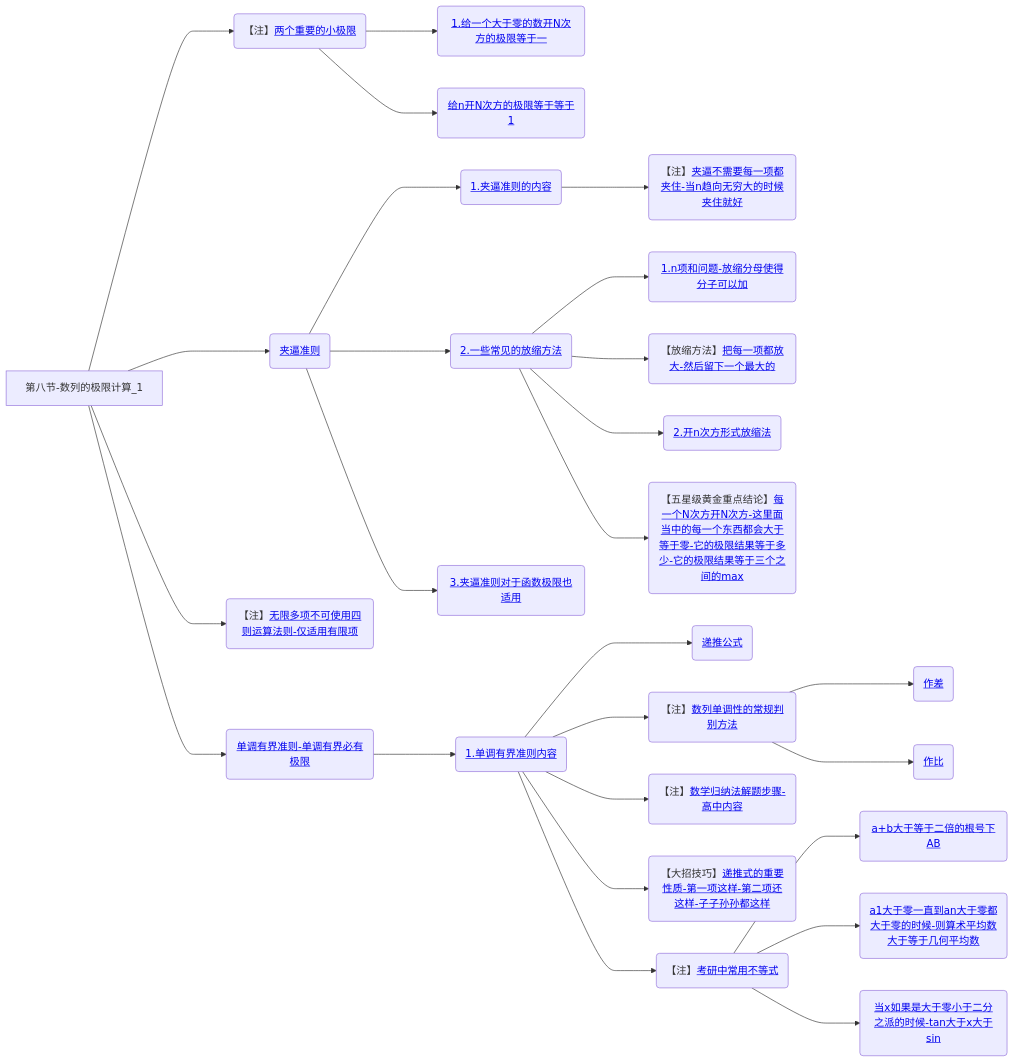
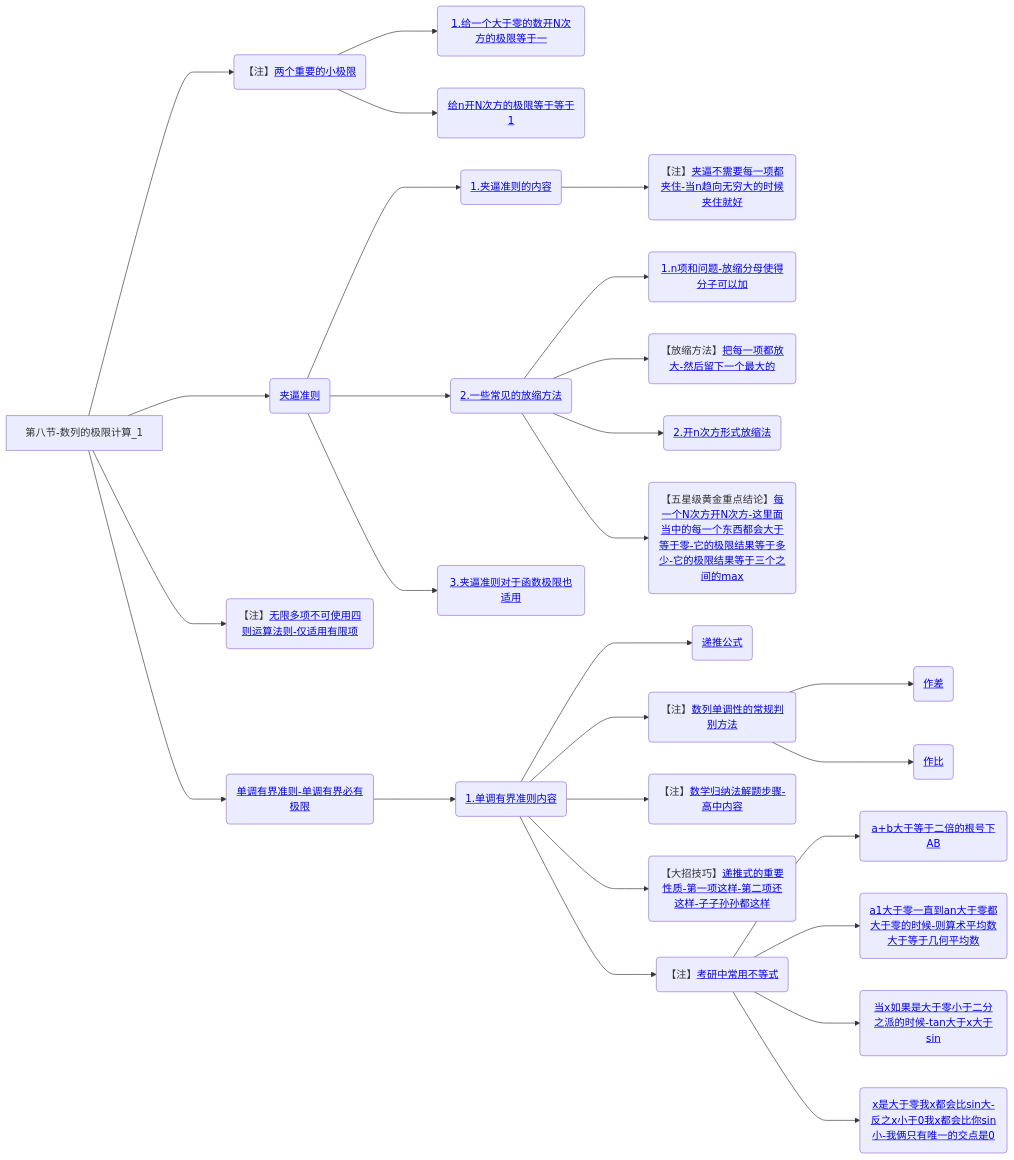
Before and after one commit to yuebinghui/note: the eighth of 8 diagrams in 笔记/数学/周洋鑫/01.基础班思维导图.md, drawn with Mermaid. The commit also changed 8 other files, not shown here.

````diff
--- a/笔记/数学/周洋鑫/01.基础班思维导图.md
+++ b/笔记/数学/周洋鑫/01.基础班思维导图.md
@@ -311,36 +311,37 @@
 ```mermaid
 graph LR
 第八节-数列的极限计算_1
 
 第八节-数列的极限计算_1--->两个重要的小极限(【注】<a href="/Users/yuebinghui/Documents/program/github/note/笔记/数学/周洋鑫/基础班/08.数列的极限计算_1.md#两个重要的小极限">两个重要的小极限</>)
 两个重要的小极限--->1.给一个大于零的数开N次方的极限等于一(<a href="/Users/yuebinghui/Documents/program/github/note/笔记/数学/周洋鑫/基础班/08.数列的极限计算_1.md#1.给一个大于零的数开N次方的极限等于一">1.给一个大于零的数开N次方的极限等于一</>)
 两个重要的小极限--->给n开N次方的极限等于等于1(<a href="/Users/yuebinghui/Documents/program/github/note/笔记/数学/周洋鑫/基础班/08.数列的极限计算_1.md#给n开N次方的极限等于等于1">给n开N次方的极限等于等于1</>)
 
 第八节-数列的极限计算_1--->夹逼准则(<a href="/Users/yuebinghui/Documents/program/github/note/笔记/数学/周洋鑫/基础班/08.数列的极限计算_1.md#夹逼准则">夹逼准则</>)
 夹逼准则--->1.夹逼准则的内容(<a href="/Users/yuebinghui/Documents/program/github/note/笔记/数学/周洋鑫/基础班/08.数列的极限计算_1.md#1.夹逼准则的内容">1.夹逼准则的内容</>)
 1.夹逼准则的内容--->夹逼不需要每一项都夹住-当n趋向无穷大的时候夹住就好(【注】<a href="/Users/yuebinghui/Documents/program/github/note/笔记/数学/周洋鑫/基础班/08.数列的极限计算_1.md#夹逼不需要每一项都夹住-当n趋向无穷大的时候夹住就好">夹逼不需要每一项都夹住-当n趋向无穷大的时候夹住就好</>)
 
 第八节-数列的极限计算_1--->无限多项不可使用四则运算法则-仅适用有限项(【注】<a href="/Users/yuebinghui/Documents/program/github/note/笔记/数学/周洋鑫/基础班/08.数列的极限计算_1.md#无限多项不可使用四则运算法则-仅适用有限项">无限多项不可使用四则运算法则-仅适用有限项</>)
 
 夹逼准则--->2.一些常见的放缩方法(<a href="/Users/yuebinghui/Documents/program/github/note/笔记/数学/周洋鑫/基础班/08.数列的极限计算_1.md#2.一些常见的放缩方法">2.一些常见的放缩方法</>)
 2.一些常见的放缩方法--->1.n项和问题-放缩分母使得分子可以加(<a href="/Users/yuebinghui/Documents/program/github/note/笔记/数学/周洋鑫/基础班/08.数列的极限计算_1.md#1.n项和问题-放缩分母使得分子可以加">1.n项和问题-放缩分母使得分子可以加</>)
 2.一些常见的放缩方法--->把每一项都放大-然后留下一个最大的(【放缩方法】<a href="/Users/yuebinghui/Documents/program/github/note/笔记/数学/周洋鑫/基础班/08.数列的极限计算_1.md#把每一项都放大-然后留下一个最大的">把每一项都放大-然后留下一个最大的</>)
 2.一些常见的放缩方法--->2.开n次方形式放缩法(<a href="/Users/yuebinghui/Documents/program/github/note/笔记/数学/周洋鑫/基础班/08.数列的极限计算_1.md#2.开n次方形式放缩法">2.开n次方形式放缩法</>)
 2.一些常见的放缩方法--->每一个N次方开N次方-这里面当中的每一个东西都会大于等于零-它的极限结果等于多少-它的极限结果等于三个之间的max(【五星级黄金重点结论】<a href="/Users/yuebinghui/Documents/program/github/note/笔记/数学/周洋鑫/基础班/08.数列的极限计算_1.md#每一个N次方开N次方-这里面当中的每一个东西都会大于等于零-它的极限结果等于多少-它的极限结果等于三个之间的max">每一个N次方开N次方-这里面当中的每一个东西都会大于等于零-它的极限结果等于多少-它的极限结果等于三个之间的max</>)
 
 夹逼准则--->3.夹逼准则对于函数极限也适用(<a href="/Users/yuebinghui/Documents/program/github/note/笔记/数学/周洋鑫/基础班/08.数列的极限计算_1.md#3.夹逼准则对于函数极限也适用">3.夹逼准则对于函数极限也适用</>)
 
 第八节-数列的极限计算_1--->单调有界准则-单调有界必有极限(<a href="/Users/yuebinghui/Documents/program/github/note/笔记/数学/周洋鑫/基础班/08.数列的极限计算_1.md#单调有界准则-单调有界必有极限">单调有界准则-单调有界必有极限</>)
 单调有界准则-单调有界必有极限--->1.单调有界准则内容(<a href="/Users/yuebinghui/Documents/program/github/note/笔记/数学/周洋鑫/基础班/08.数列的极限计算_1.md#1.单调有界准则内容">1.单调有界准则内容</>)
 1.单调有界准则内容--->递推公式(<a href="/Users/yuebinghui/Documents/program/github/note/笔记/数学/周洋鑫/基础班/08.数列的极限计算_1.md#递推公式">递推公式</>)
 1.单调有界准则内容--->数列单调性的常规判别方法(【注】<a href="/Users/yuebinghui/Documents/program/github/note/笔记/数学/周洋鑫/基础班/08.数列的极限计算_1.md#数列单调性的常规判别方法">数列单调性的常规判别方法</>)
 数列单调性的常规判别方法--->作差(<a href="/Users/yuebinghui/Documents/program/github/note/笔记/数学/周洋鑫/基础班/08.数列的极限计算_1.md#作差">作差</>)
 数列单调性的常规判别方法--->作比(<a href="/Users/yuebinghui/Documents/program/github/note/笔记/数学/周洋鑫/基础班/08.数列的极限计算_1.md#作比">作比</>)
 1.单调有界准则内容--->数学归纳法解题步骤-高中内容(【注】<a href="/Users/yuebinghui/Documents/program/github/note/笔记/数学/周洋鑫/基础班/08.数列的极限计算_1.md#数学归纳法解题步骤-高中内容">数学归纳法解题步骤-高中内容</>)
 1.单调有界准则内容--->递推式的重要性质-第一项这样-第二项还这样-子子孙孙都这样(【大招技巧】<a href="/Users/yuebinghui/Documents/program/github/note/笔记/数学/周洋鑫/基础班/08.数列的极限计算_1.md#递推式的重要性质-第一项这样-第二项还这样-子子孙孙都这样">递推式的重要性质-第一项这样-第二项还这样-子子孙孙都这样</>)
 1.单调有界准则内容--->考研中常用不等式(【注】<a href="/Users/yuebinghui/Documents/program/github/note/笔记/数学/周洋鑫/基础班/08.数列的极限计算_1.md#考研中常用不等式">考研中常用不等式</>)
 考研中常用不等式--->a+b大于等于二倍的根号下AB(<a href="/Users/yuebinghui/Documents/program/github/note/笔记/数学/周洋鑫/基础班/08.数列的极限计算_1.md#a+b大于等于二倍的根号下AB">a+b大于等于二倍的根号下AB</>)
 考研中常用不等式--->a1大于零一直到an大于零都大于零的时候-则算术平均数大于等于几何平均数(<a href="/Users/yuebinghui/Documents/program/github/note/笔记/数学/周洋鑫/基础班/08.数列的极限计算_1.md#a1大于零一直到an大于零都大于零的时候-则算术平均数大于等于几何平均数">a1大于零一直到an大于零都大于零的时候-则算术平均数大于等于几何平均数</>)
 考研中常用不等式--->当x如果是大于零小于二分之派的时候-tan大于x大于sin(<a href="/Users/yuebinghui/Documents/program/github/note/笔记/数学/周洋鑫/基础班/08.数列的极限计算_1.md#当x如果是大于零小于二分之派的时候-tan大于x大于sin">当x如果是大于零小于二分之派的时候-tan大于x大于sin</>)
+考研中常用不等式--->x是大于零我x都会比sin大-反之x小于0我x都会比你sin小-我俩只有唯一的交点是0(<a href="/Users/yuebinghui/Documents/program/github/note/笔记/数学/周洋鑫/基础班/08.数列的极限计算_1.md#x是大于零我x都会比sin大-反之x小于0我x都会比你sin小-我俩只有唯一的交点是0">x是大于零我x都会比sin大-反之x小于0我x都会比你sin小-我俩只有唯一的交点是0</>)
 
 ```
````
